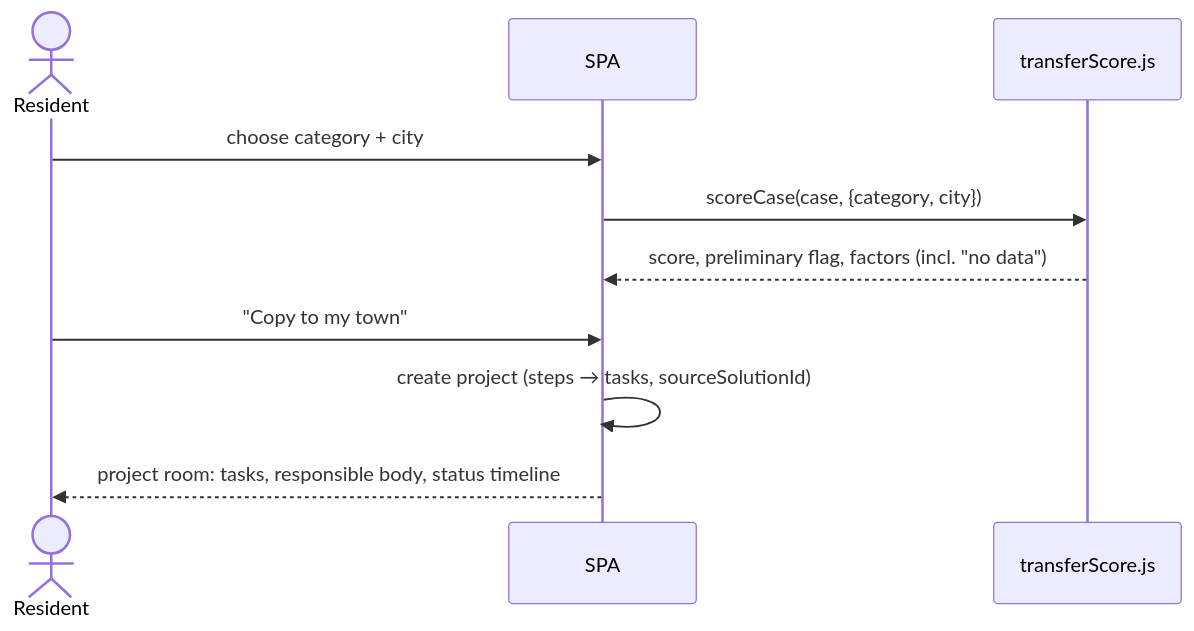
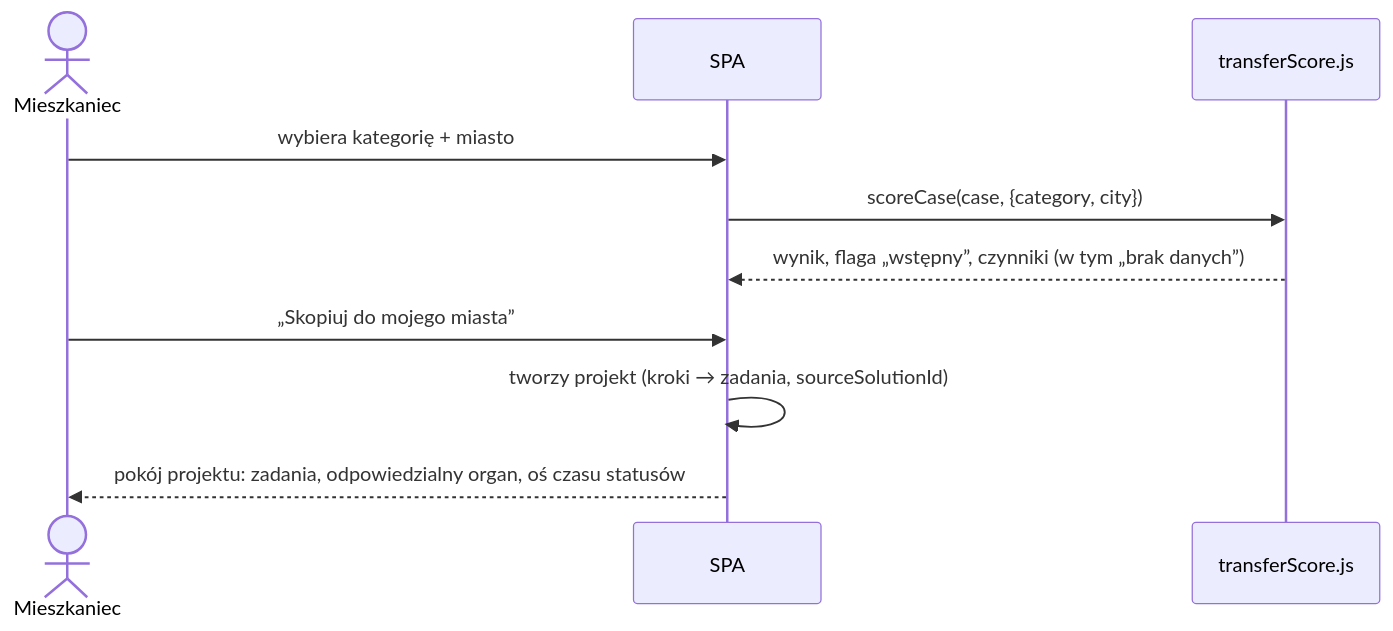
The seventh of 8 diagrams in docs/ARCHITECTURE.md (DLiHealer/bridgeway), drawn with Mermaid before and after one commit. The commit also changed other lines of this file and 11 other files, not shown here.

````diff
--- a/docs/ARCHITECTURE.md
+++ b/docs/ARCHITECTURE.md
@@ -200,12 +200,12 @@
 ```mermaid
 sequenceDiagram
-  actor U as Resident
+  actor U as Mieszkaniec
   participant SPA
   participant TS as transferScore.js
-  U->>SPA: choose category + city
+  U->>SPA: wybiera kategorię + miasto
   SPA->>TS: scoreCase(case, {category, city})
-  TS-->>SPA: score, preliminary flag, factors (incl. "no data")
-  U->>SPA: "Copy to my town"
-  SPA->>SPA: create project (steps → tasks, sourceSolutionId)
-  SPA-->>U: project room: tasks, responsible body, status timeline
+  TS-->>SPA: wynik, flaga „wstępny”, czynniki (w tym „brak danych”)
+  U->>SPA: „Skopiuj do mojego miasta”
+  SPA->>SPA: tworzy projekt (kroki → zadania, sourceSolutionId)
+  SPA-->>U: pokój projektu: zadania, odpowiedzialny organ, oś czasu statusów
 ```
````
